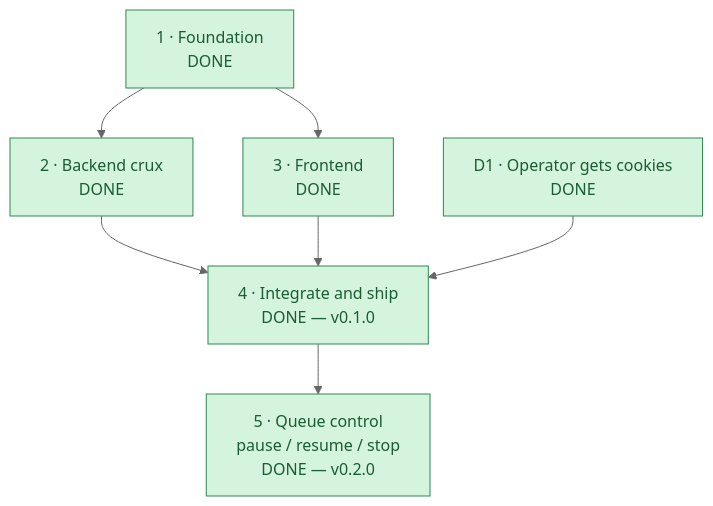
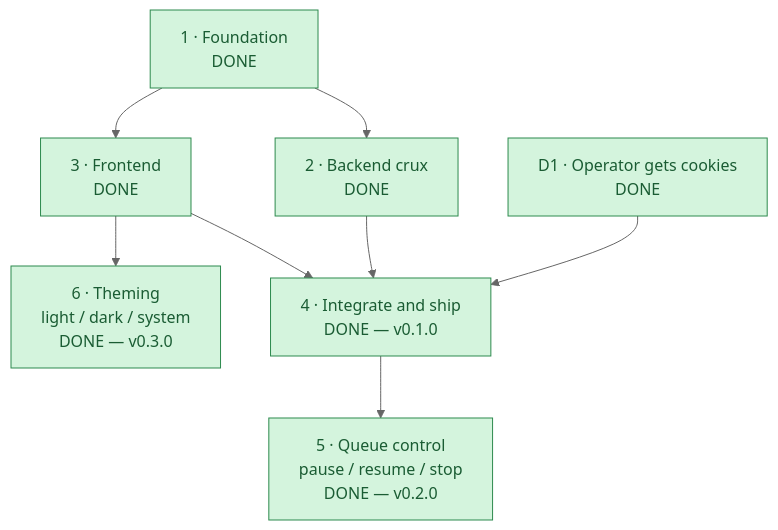
The diagram in ROADMAP.md (lumduan/gallery-dl-web), drawn with Mermaid (neutral theme) before and after one commit. The commit also changed other lines of this file and 6 other files, not shown here.

````diff
--- a/ROADMAP.md
+++ b/ROADMAP.md
@@ -8,20 +8,22 @@
 ```mermaid
 flowchart TD
     P1["1 · Foundation<br/>DONE"] --> P2["2 · Backend crux<br/>DONE"]
     P1 --> P3["3 · Frontend<br/>DONE"]
     P2 --> P4["4 · Integrate and ship<br/>DONE — v0.1.0"]
     P3 --> P4
     D1["D1 · Operator gets cookies<br/>DONE"] --> P4
     P4 --> P5["5 · Queue control<br/>pause / resume / stop<br/>DONE — v0.2.0"]
+    P3 --> P6["6 · Theming<br/>light / dark / system<br/>DONE — v0.3.0"]
 
     classDef done     fill:#d4f4dd,stroke:#2d8a4e,color:#1a5c33
     classDef active   fill:#fff3cd,stroke:#cc9a06,color:#7a5c04
     classDef decision fill:#fde0e0,stroke:#d05555,color:#8f2e2e
 
     class P1 done
     class P2 done
     class P3 done
     class P4 done
     class P5 done
+    class P6 done
     class D1 done
 ```
````
